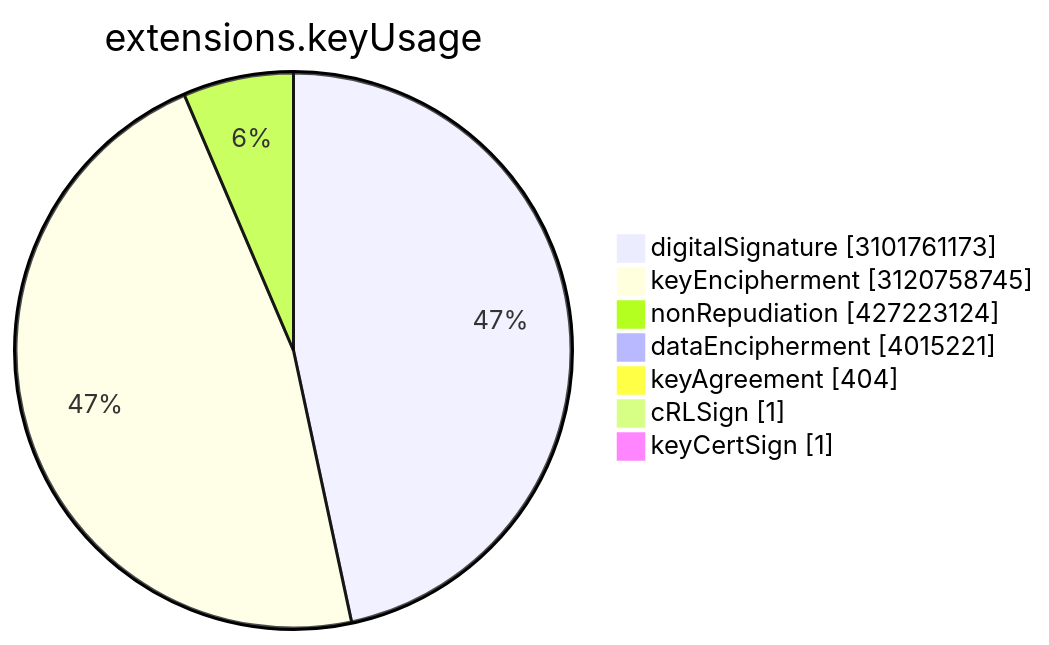
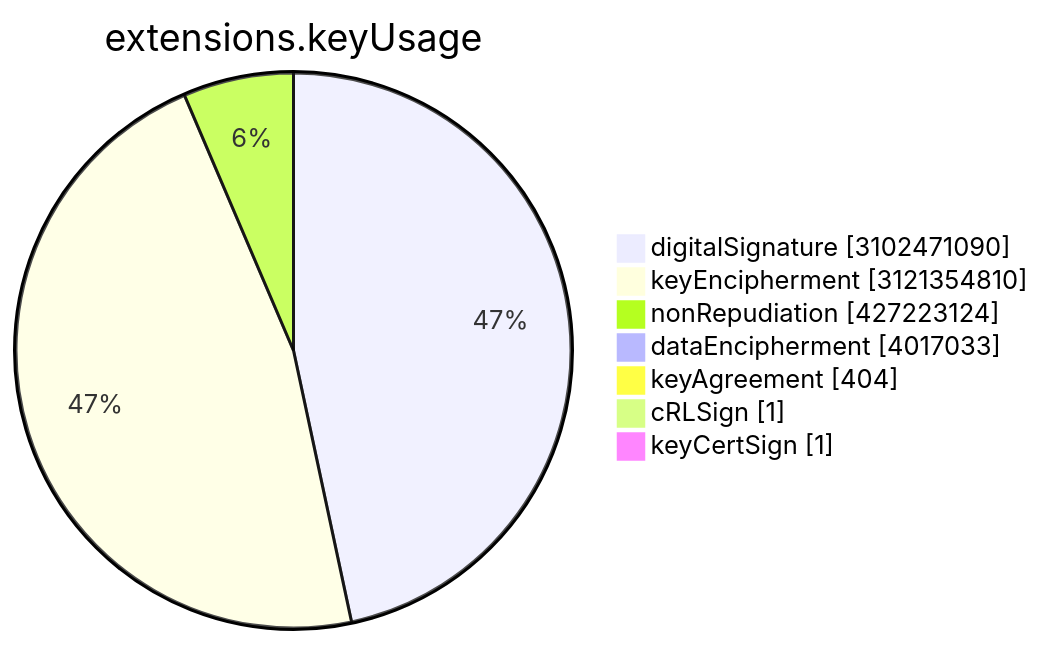
The sixth of 15 diagrams in TOTAL/README.md (christiankrug/ctmonitor_visualization), drawn with Mermaid before and after one commit. The commit also changed other lines of this file, not shown here.

````diff
--- a/TOTAL/README.md
+++ b/TOTAL/README.md
@@ -3077,11 +3077,11 @@
 ```mermaid
 pie showData
 title extensions.keyUsage
-"digitalSignature" :3101761173
-"keyEncipherment" :3120758745
+"digitalSignature" :3102471090
+"keyEncipherment" :3121354810
 "nonRepudiation" :427223124
-"dataEncipherment" :4015221
+"dataEncipherment" :4017033
 "keyAgreement" :404
 "cRLSign" :1
 "keyCertSign" :1
 ```
````
